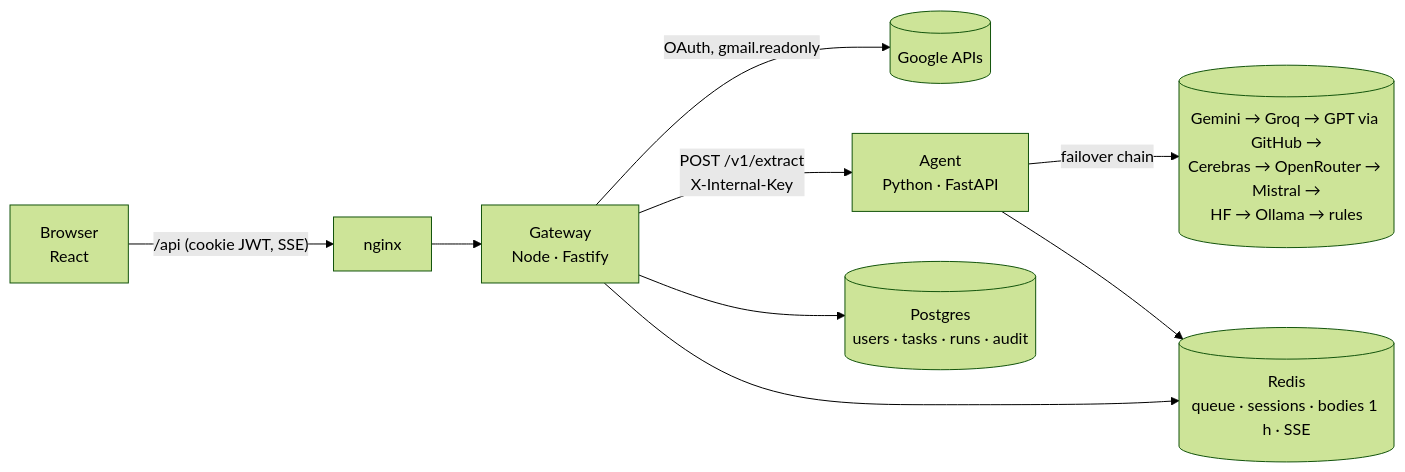
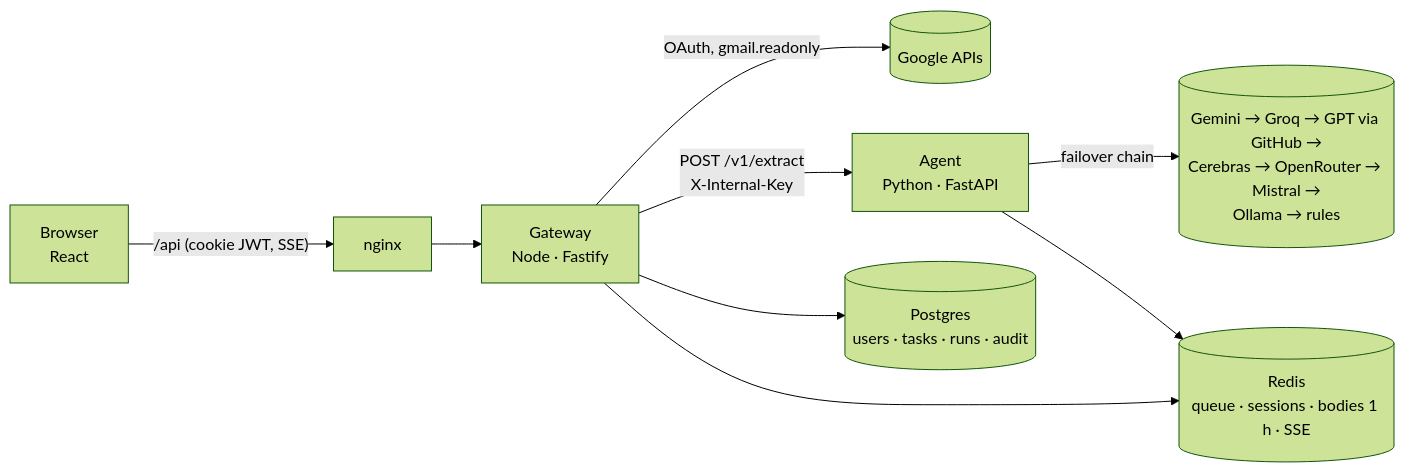
Before and after one commit to dharanipath/inboxpilot: the diagram in README.md, drawn with Mermaid (forest theme). The commit also changed other lines of this file and 4 other files, not shown here.

````diff
--- a/README.md
+++ b/README.md
@@ -216,11 +216,11 @@
 ```mermaid
 flowchart LR
   B[Browser<br/>React] -- "/api (cookie JWT, SSE)" --> N[nginx]
   N --> G[Gateway<br/>Node · Fastify]
   G -- "OAuth, gmail.readonly" --> GG[(Google APIs)]
   G -- "POST /v1/extract<br/>X-Internal-Key" --> A[Agent<br/>Python · FastAPI]
-  A -- "failover chain" --> L[(Gemini → Groq → GPT via GitHub →<br/>Cerebras → OpenRouter → Mistral →<br/>HF → Ollama → rules)]
+  A -- "failover chain" --> L[(Gemini → Groq → GPT via GitHub →<br/>Cerebras → OpenRouter → Mistral →<br/>Ollama → rules)]
   G --> P[(Postgres<br/>users · tasks · runs · audit)]
   G --> R[(Redis<br/>queue · sessions · bodies 1 h · SSE)]
   A --> R
 ```
````
